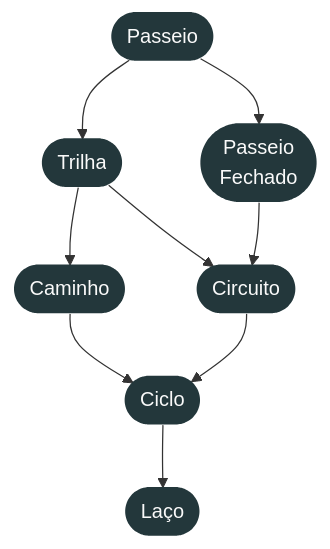
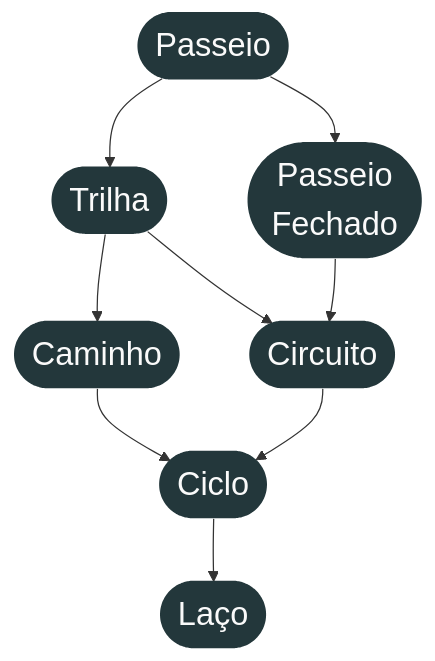
The diagram in aulas/aula24-grafos-eulerianos.qmd (LucasAlegre/paa1), drawn with Mermaid before and after one commit. The commit also changed other lines of this file and 4 other files, not shown here.

````diff
--- a/aulas/aula24-grafos-eulerianos.qmd
+++ b/aulas/aula24-grafos-eulerianos.qmd
@@ -70,28 +88,23 @@
 ```{mermaid}
-%%| fig-width: 4
+%%| fig-width: 3.2
+%%{init: {'themeVariables': { 'fontSize': '26px' }}}%%
 graph TD
   A([Passeio])
   B([Trilha])
-  C(["Passeio\nFechado"])
+  C(["Passeio<br>Fechado"])
   D([Caminho])
   E([Circuito])
   F([Ciclo])
   G([Laço])
 
   A --> B
   A --> C
   B --> D
   B --> E
   C --> E
   D --> F
   E --> F
   F --> G
 
-  style A fill:#23373b,color:#fafafa,stroke:none
-  style B fill:#23373b,color:#fafafa,stroke:none
-  style C fill:#23373b,color:#fafafa,stroke:none
-  style D fill:#23373b,color:#fafafa,stroke:none
-  style E fill:#23373b,color:#fafafa,stroke:none
-  style F fill:#23373b,color:#fafafa,stroke:none
-  style G fill:#23373b,color:#fafafa,stroke:none
+  classDef default fill:#23373b,color:#fafafa,stroke:none,font-size:26px;
 ```
````
